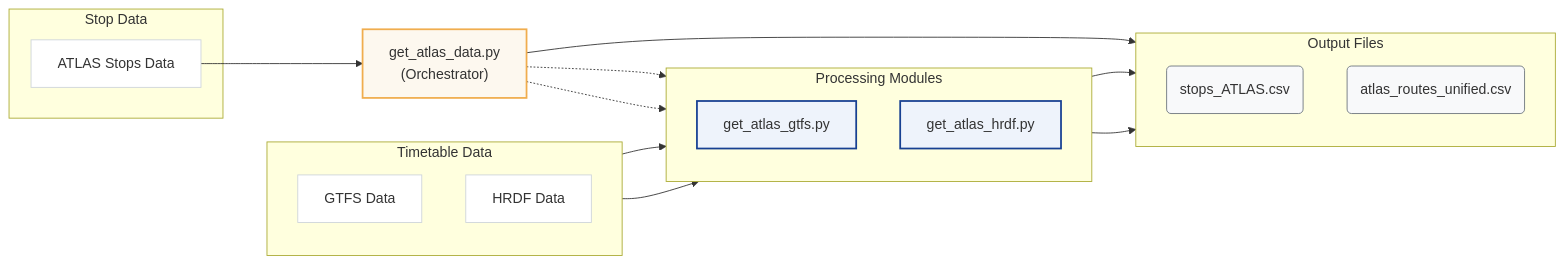
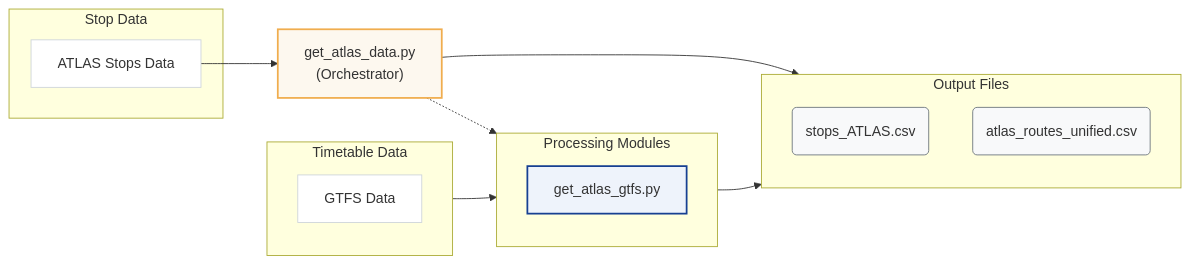
Before and after one commit to openTdataCH/stop_sync_osm_atlas: the first of 2 diagrams in documentation/1. Download and process data.md, drawn with Mermaid. The commit also changed other lines of this file and 41 other files, not shown here.

````diff
--- a/documentation/1. Download and process data.md
+++ b/documentation/1. Download and process data.md
@@ -17,37 +17,34 @@
 ```mermaid
 flowchart LR
     classDef plain fill:#fff,stroke:#ced4da,stroke-width:1px;
     classDef script fill:#eef3fb,stroke:#174092,stroke-width:2px;
     classDef orch fill:#fdf8ef,stroke:#F0AD4E,stroke-width:2px;
     classDef file fill:#f8f9fa,stroke:#6c757d,stroke-width:1px;
 
     subgraph StopSrc ["Stop Data"]
         AT[ATLAS Stops Data]:::plain
     end
 
     subgraph TimeSrc ["Timetable Data"]
         direction TB
         GT[GTFS Data]:::plain
-        HR[HRDF Data]:::plain
     end
 
     SA["get_atlas_data.py\n(Orchestrator)"]:::orch
 
     subgraph Modules ["Processing Modules"]
         direction TB
         SG[get_atlas_gtfs.py]:::script
-        SH[get_atlas_hrdf.py]:::script
     end
 
     subgraph Outputs ["Output Files"]
         direction TB
         PA(stops_ATLAS.csv):::file
         PU(atlas_routes_unified.csv):::file
     end
 
     AT --> SA --> PA
     GT --> SG
-    HR --> SH
-    SA -.-> SG & SH
-    SG & SH --> PU
+    SA -.-> SG
+    SG --> PU
 ```
````
